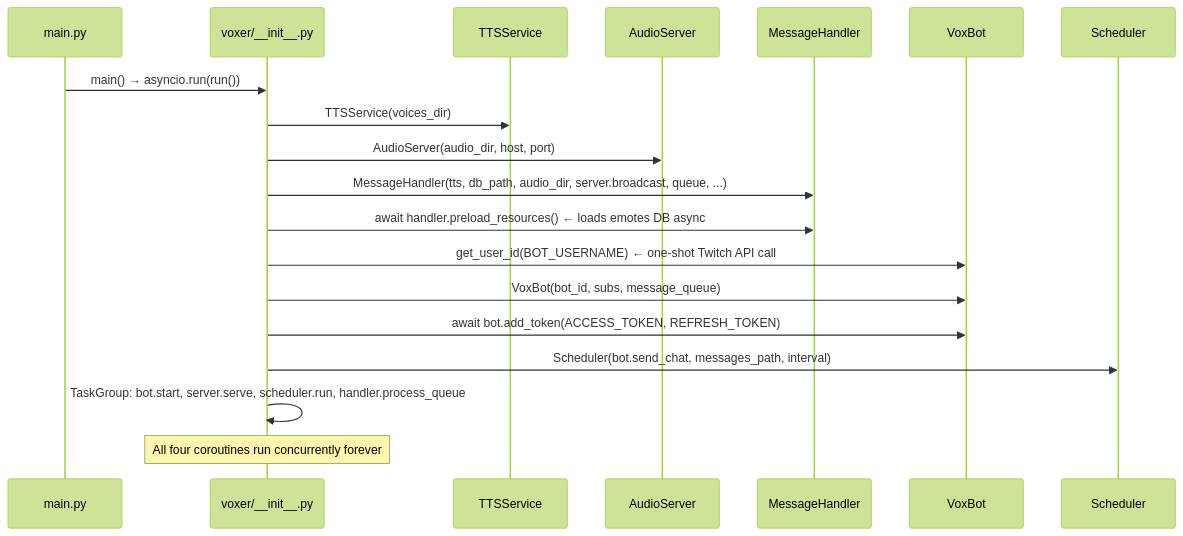
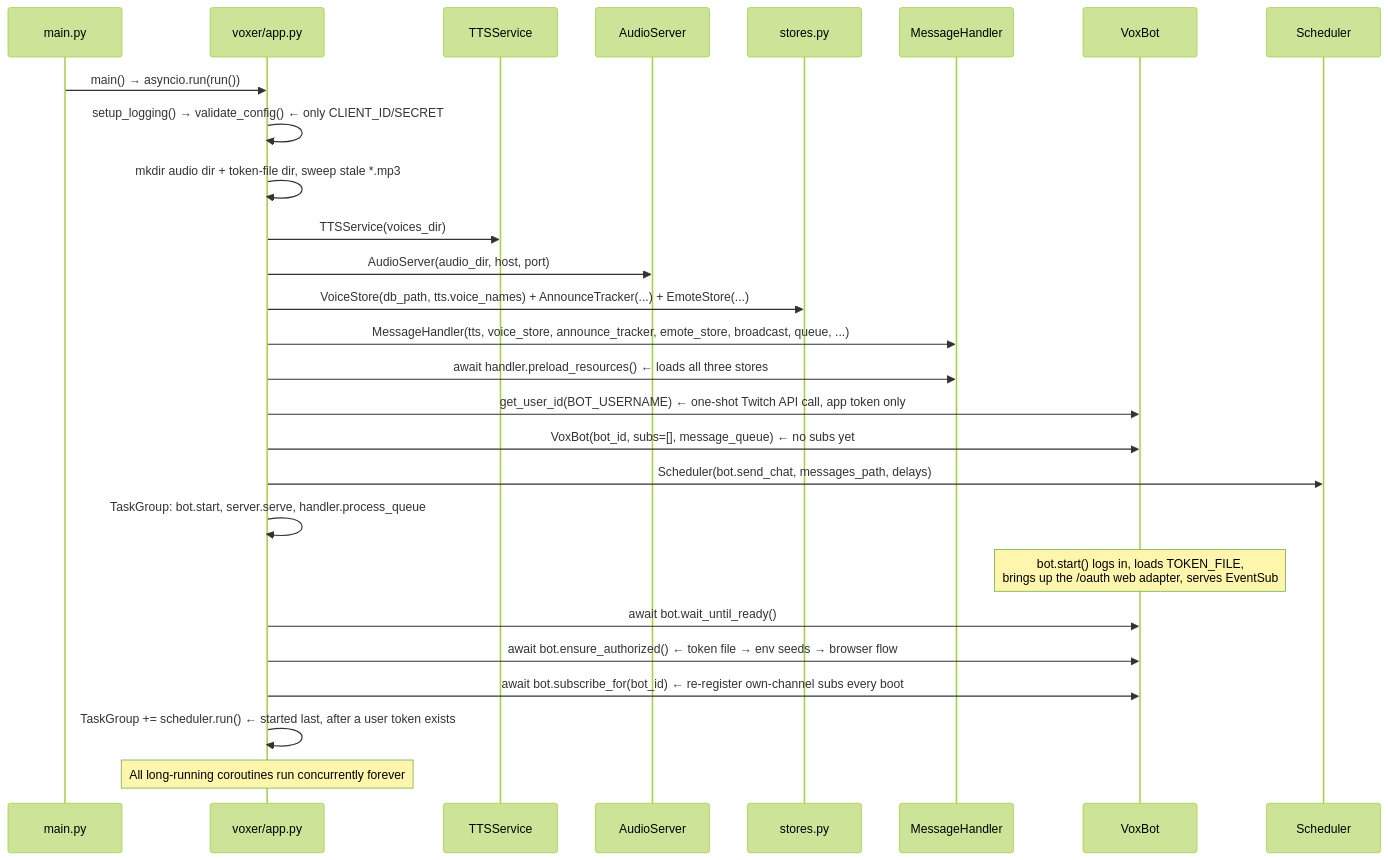
One commit to w0rxbend/twitch-voxer changed the second of 8 diagrams in ARCHITECTURE.md. Above: the diagram before and after it, drawn with Mermaid (forest theme). The commit also changed other lines of this file and 31 other files, not shown here.

````diff
--- a/ARCHITECTURE.md
+++ b/ARCHITECTURE.md
@@ -74,22 +87,30 @@
 ```mermaid
 sequenceDiagram
     participant main as main.py
-    participant init as voxer/__init__.py
+    participant app as voxer/app.py
     participant tts as TTSService
     participant srv as AudioServer
+    participant sto as stores.py
     participant hdl as MessageHandler
     participant bot as VoxBot
     participant sch as Scheduler
 
-    main->>init: main() → asyncio.run(run())
-    init->>tts: TTSService(voices_dir)
-    init->>srv: AudioServer(audio_dir, host, port)
-    init->>hdl: MessageHandler(tts, db_path, audio_dir, server.broadcast, queue, ...)
-    init->>hdl: await handler.preload_resources()   ← loads emotes DB async
-    init->>bot: get_user_id(BOT_USERNAME)  ← one-shot Twitch API call
-    init->>bot: VoxBot(bot_id, subs, message_queue)
-    init->>bot: await bot.add_token(ACCESS_TOKEN, REFRESH_TOKEN)
-    init->>sch: Scheduler(bot.send_chat, messages_path, interval)
-    init->>init: TaskGroup: bot.start, server.serve, scheduler.run, handler.process_queue
-    Note over init: All four coroutines run concurrently forever
+    main->>app: main() → asyncio.run(run())
+    app->>app: setup_logging() → validate_config()  ← only CLIENT_ID/SECRET
+    app->>app: mkdir audio dir + token-file dir, sweep stale *.mp3
+    app->>tts: TTSService(voices_dir)
+    app->>srv: AudioServer(audio_dir, host, port)
+    app->>sto: VoiceStore(db_path, tts.voice_names) + AnnounceTracker(...) + EmoteStore(...)
+    app->>hdl: MessageHandler(tts, voice_store, announce_tracker, emote_store, broadcast, queue, ...)
+    app->>hdl: await handler.preload_resources()  ← loads all three stores
+    app->>bot: get_user_id(BOT_USERNAME)  ← one-shot Twitch API call, app token only
+    app->>bot: VoxBot(bot_id, subs=[], message_queue)  ← no subs yet
+    app->>sch: Scheduler(bot.send_chat, messages_path, delays)
+    app->>app: TaskGroup: bot.start, server.serve, handler.process_queue
+    Note over bot: bot.start() logs in, loads TOKEN_FILE,<br/>brings up the /oauth web adapter, serves EventSub
+    app->>bot: await bot.wait_until_ready()
+    app->>bot: await bot.ensure_authorized()  ← token file → env seeds → browser flow
+    app->>bot: await bot.subscribe_for(bot_id)  ← re-register own-channel subs every boot
+    app->>app: TaskGroup += scheduler.run()  ← started last, after a user token exists
+    Note over app: All long-running coroutines run concurrently forever
 ```
````
